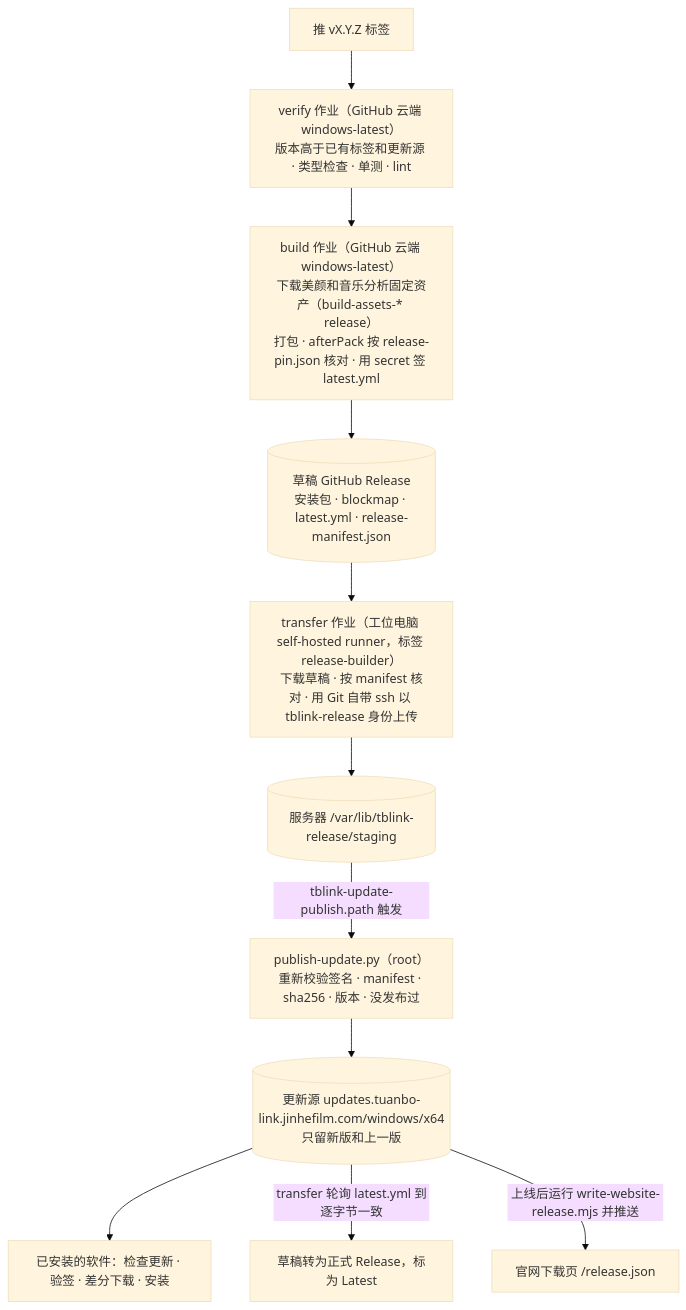
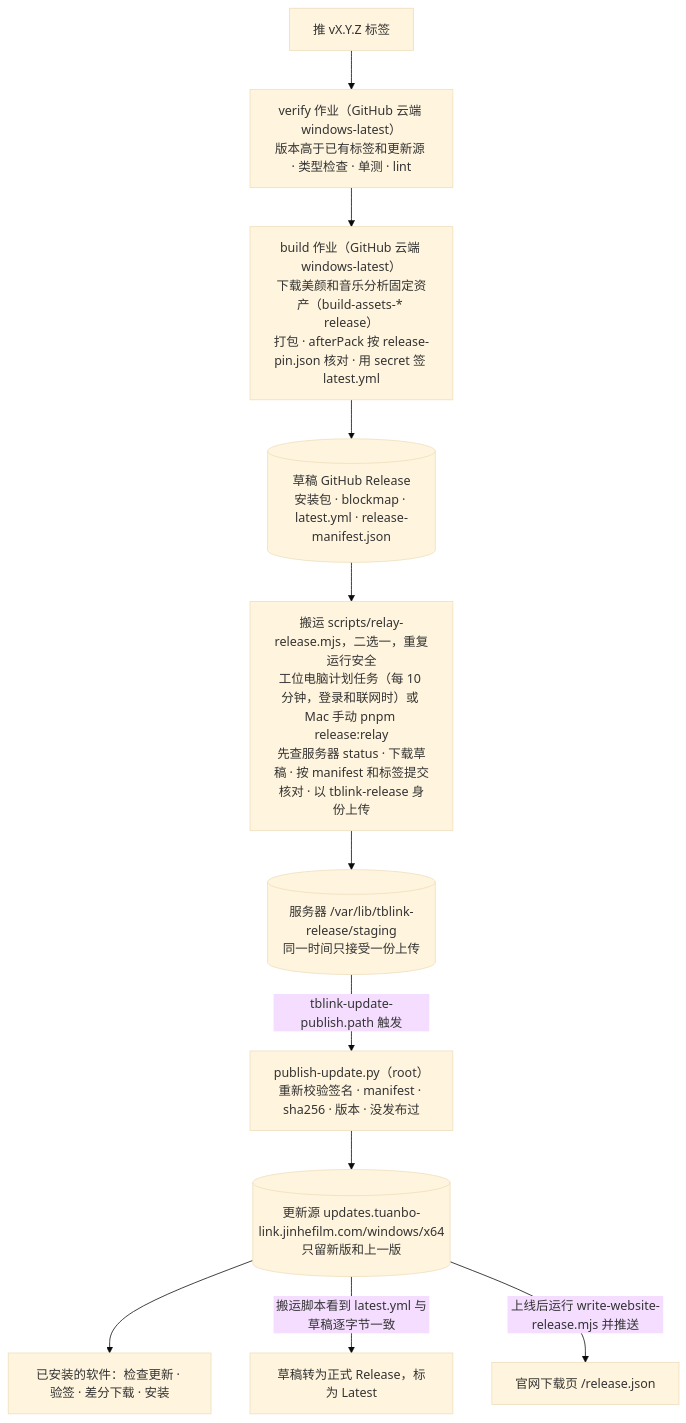
One commit to Fldicoahkiin/tuanbo-link-console changed the first of 3 diagrams in README.md. Above: the diagram before and after it, drawn with Mermaid (base theme). The commit also changed other lines of this file and 5 other files, not shown here.

First line of the commit message:
docs: describe the release relay and its server install

````diff
--- a/README.md
+++ b/README.md
@@ -191,13 +191,13 @@
 ```mermaid
 flowchart TD
   tag["推 vX.Y.Z 标签"] --> verify["verify 作业（GitHub 云端 windows-latest）<br/>版本高于已有标签和更新源 · 类型检查 · 单测 · lint"]
   verify --> build["build 作业（GitHub 云端 windows-latest）<br/>下载美颜和音乐分析固定资产（build-assets-* release）<br/>打包 · afterPack 按 release-pin.json 核对 · 用 secret 签 latest.yml"]
   build --> draft[("草稿 GitHub Release<br/>安装包 · blockmap · latest.yml · release-manifest.json")]
-  draft --> transfer["transfer 作业（工位电脑 self-hosted runner，标签 release-builder）<br/>下载草稿 · 按 manifest 核对 · 用 Git 自带 ssh 以 tblink-release 身份上传"]
-  transfer --> staging[("服务器 /var/lib/tblink-release/staging")]
+  draft --> relay["搬运 scripts/relay-release.mjs，二选一，重复运行安全<br/>工位电脑计划任务（每 10 分钟，登录和联网时）或 Mac 手动 pnpm release:relay<br/>先查服务器 status · 下载草稿 · 按 manifest 和标签提交核对 · 以 tblink-release 身份上传"]
+  relay --> staging[("服务器 /var/lib/tblink-release/staging<br/>同一时间只接受一份上传")]
   staging -->|"tblink-update-publish.path 触发"| publisher["publish-update.py（root）<br/>重新校验签名 · manifest · sha256 · 版本 · 没发布过"]
   publisher --> feed[("更新源 updates.tuanbo-link.jinhefilm.com/windows/x64<br/>只留新版和上一版")]
   feed --> client["已安装的软件：检查更新 · 验签 · 差分下载 · 安装"]
-  feed -->|"transfer 轮询 latest.yml 到逐字节一致"| latest["草稿转为正式 Release，标为 Latest"]
+  feed -->|"搬运脚本看到 latest.yml 与草稿逐字节一致"| latest["草稿转为正式 Release，标为 Latest"]
   feed -->|"上线后运行 write-website-release.mjs 并推送"| website["官网下载页 /release.json"]
 ```
````
